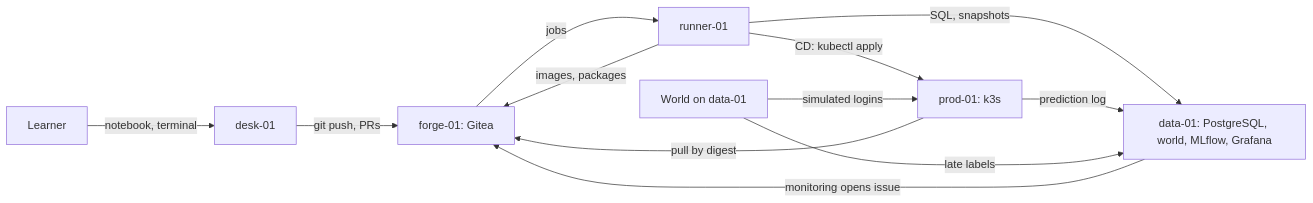
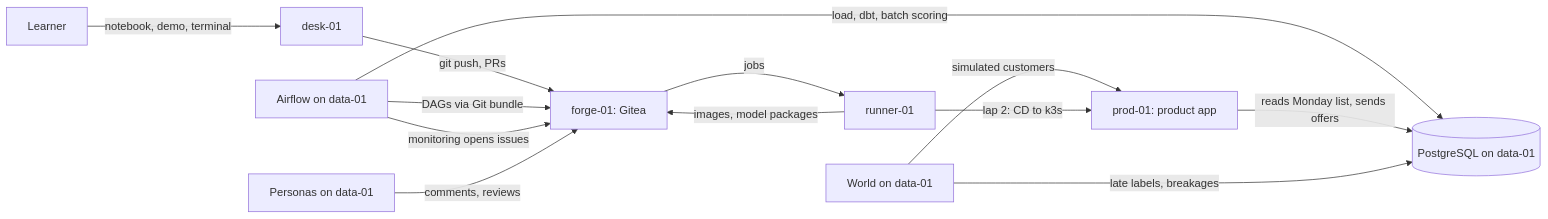
One commit to lpmi-13/plan-docs changed the second of 2 diagrams in DATA_SCIENCE_PLAN.md. Above: the diagram before and after it, drawn with Mermaid. The commit also changed other lines of this file, not shown here.

Commit message:
Improve the plan for the data science pipeline

````diff
--- a/DATA_SCIENCE_PLAN.md
+++ b/DATA_SCIENCE_PLAN.md
@@ -286,14 +356,15 @@
 ```mermaid
 flowchart LR
-    L[Learner] -->|notebook, terminal| D[desk-01]
+    L[Learner] -->|notebook, demo, terminal| D[desk-01]
     D -->|git push, PRs| F[forge-01: Gitea]
     F -->|jobs| R[runner-01]
-    R -->|SQL, snapshots| DB[data-01: PostgreSQL, world, MLflow, Grafana]
-    R -->|images, packages| F
-    R -->|CD: kubectl apply| P[prod-01: k3s]
-    P -->|pull by digest| F
-    W[World on data-01] -->|simulated logins| P
-    P -->|prediction log| DB
-    W -->|late labels| DB
-    DB -->|monitoring opens issue| F
+    R -->|images, model packages| F
+    A[Airflow on data-01] -->|DAGs via Git bundle| F
+    A -->|load, dbt, batch scoring| W[(PostgreSQL on data-01)]
+    P[prod-01: product app] -->|reads Monday list, sends offers| W
+    S[World on data-01] -->|simulated customers| P
+    S -->|late labels, breakages| W
+    A -->|monitoring opens issues| F
+    R -->|lap 2: CD to k3s| P
+    PE[Personas on data-01] -->|comments, reviews| F
 ```
````
